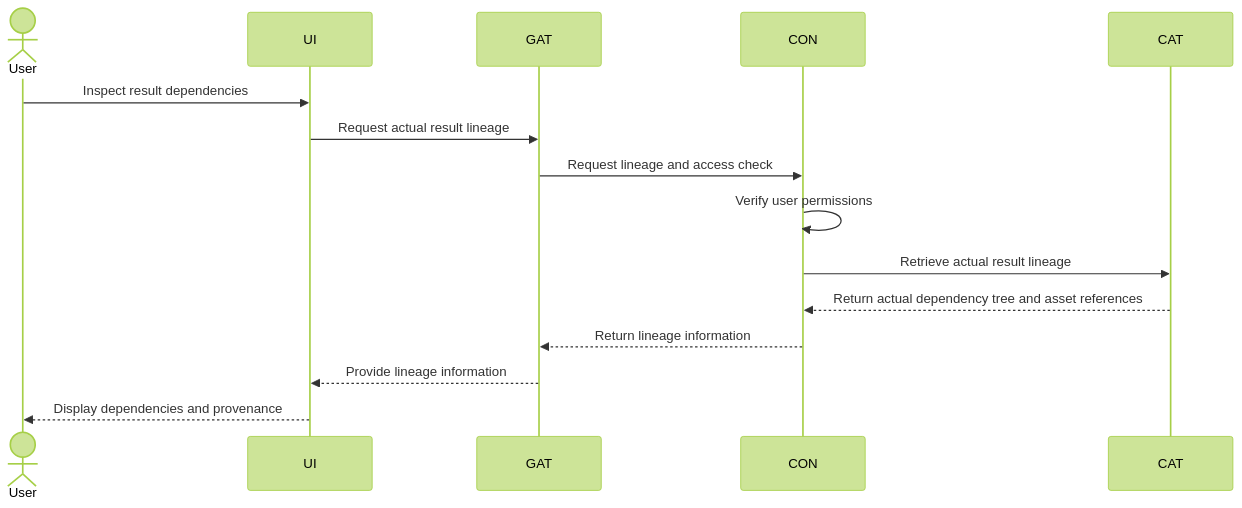
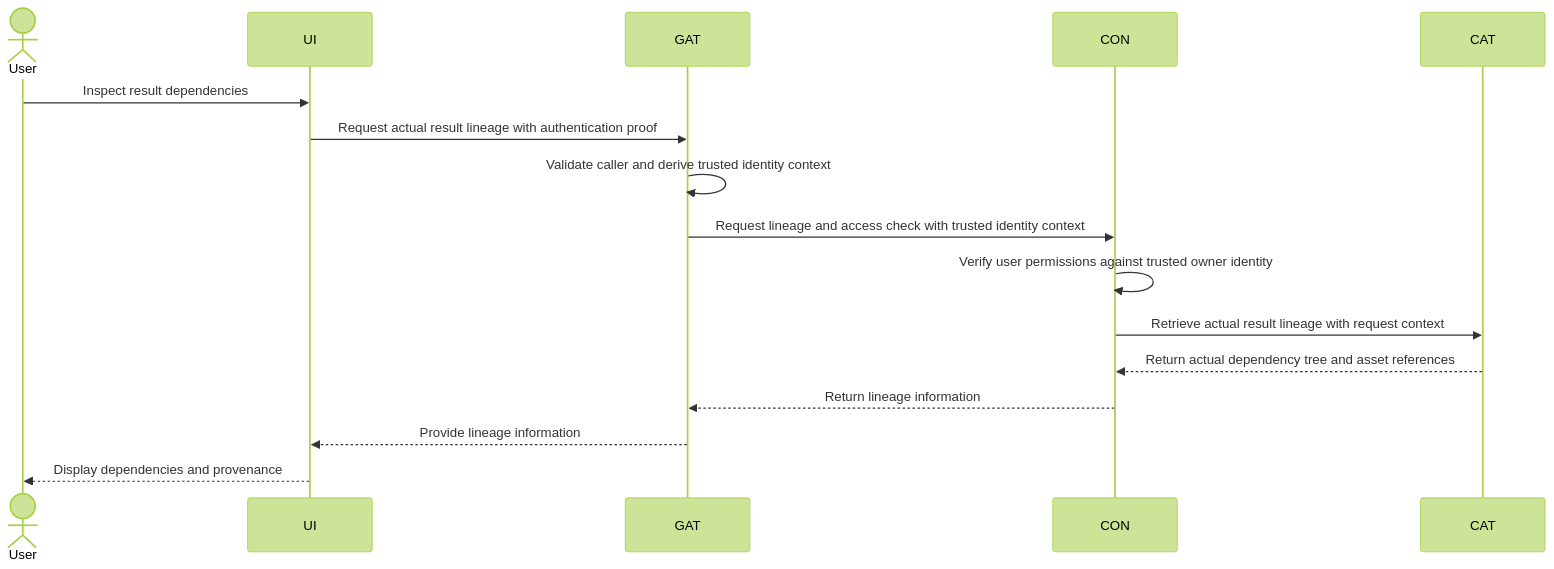
Before and after one commit to arnaudsomville/MEOGAP: the second of 4 diagrams in documentation/architecture/sequence_diagrams/retrieve-and-display-result.md, drawn with Mermaid (forest theme). The commit also changed other lines of this file, not shown here.

Commit message:
docs: integrate ENG-15 identity context in sequences

````diff
--- a/documentation/architecture/sequence_diagrams/retrieve-and-display-result.md
+++ b/documentation/architecture/sequence_diagrams/retrieve-and-display-result.md
@@ -52,18 +53,19 @@
 ```mermaid
 sequenceDiagram
     actor User
     participant UI
     participant GAT
     participant CON
     participant CAT
 
     User->>UI: Inspect result dependencies
-    UI->>GAT: Request actual result lineage
-    GAT->>CON: Request lineage and access check
-    CON->>CON: Verify user permissions
-    CON->>CAT: Retrieve actual result lineage
+    UI->>GAT: Request actual result lineage with authentication proof
+    GAT->>GAT: Validate caller and derive trusted identity context
+    GAT->>CON: Request lineage and access check with trusted identity context
+    CON->>CON: Verify user permissions against trusted owner identity
+    CON->>CAT: Retrieve actual result lineage with request context
     CAT-->>CON: Return actual dependency tree and asset references
     CON-->>GAT: Return lineage information
     GAT-->>UI: Provide lineage information
     UI-->>User: Display dependencies and provenance
 ```
````
